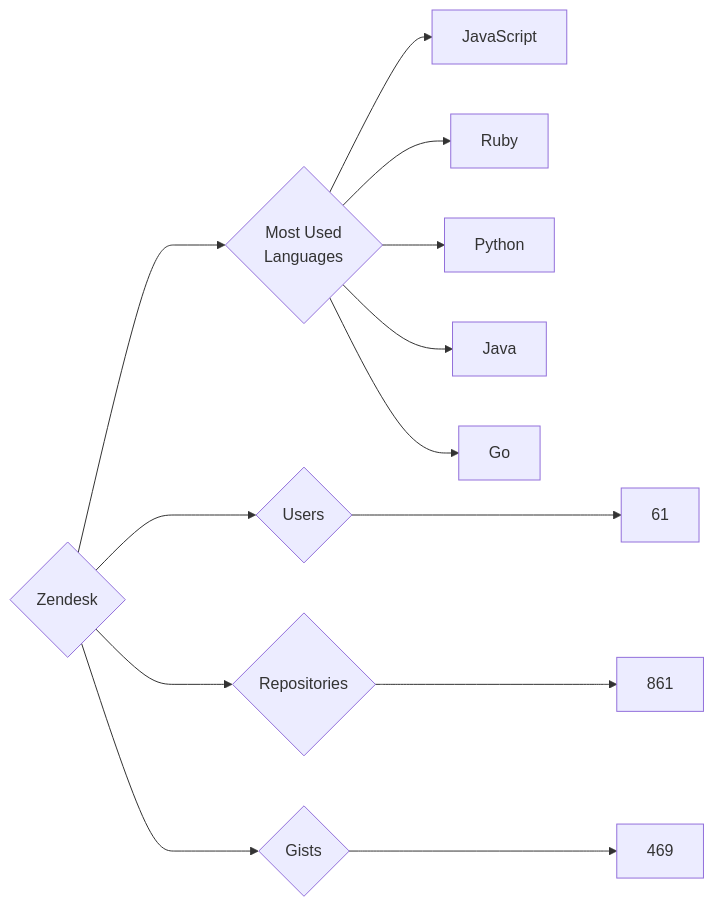
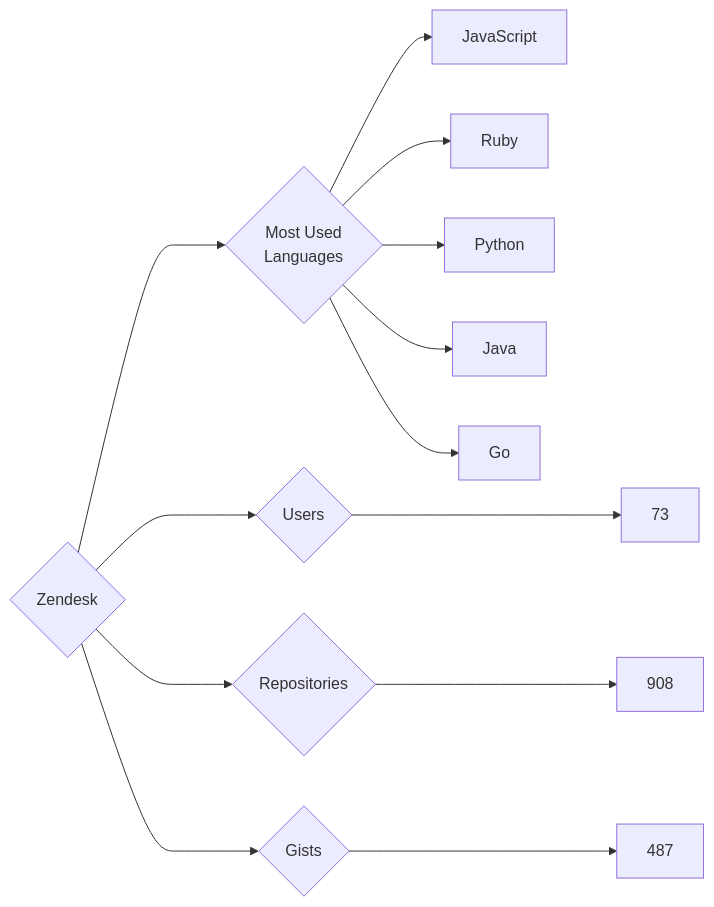
Before and after one commit to trickest/insiders: the diagram in targets/Zendesk/README.md, drawn with Mermaid. The commit also changed 920 other files, not shown here.

````diff
--- a/targets/Zendesk/README.md
+++ b/targets/Zendesk/README.md
@@ -3,13 +3,13 @@
 ```mermaid
 graph LR
 COMPANY_NAME{Zendesk}
-COMPANY_NAME ---> U{Users} ---> UN[61]
-COMPANY_NAME ---> R{Repositories} ---> RN[861]
-COMPANY_NAME ---> G{Gists} ---> GN[469]
+COMPANY_NAME ---> U{Users} ---> UN[73]
+COMPANY_NAME ---> R{Repositories} ---> RN[908]
+COMPANY_NAME ---> G{Gists} ---> GN[487]
 COMPANY_NAME ---> ML{Most Used<br>Languages}
 ML --> JavaScript[JavaScript]
 ML --> Ruby[Ruby]
 ML --> Python[Python]
 ML --> Java[Java]
 ML --> Go[Go]
 ```
````
